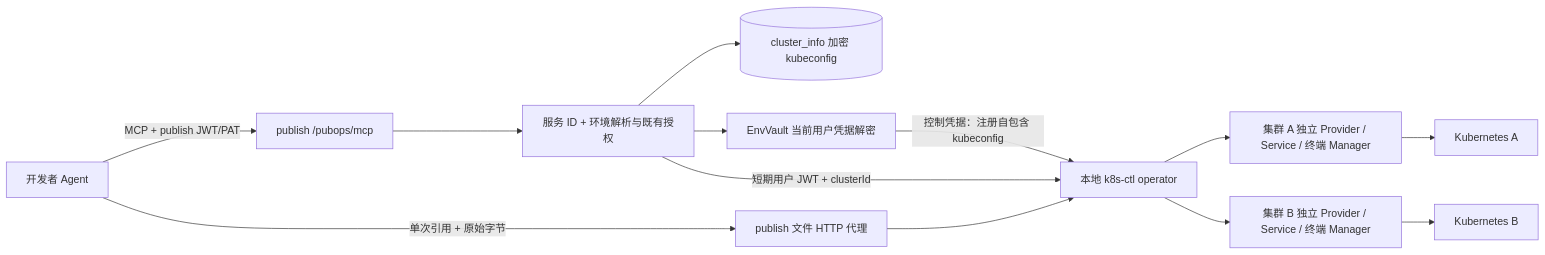
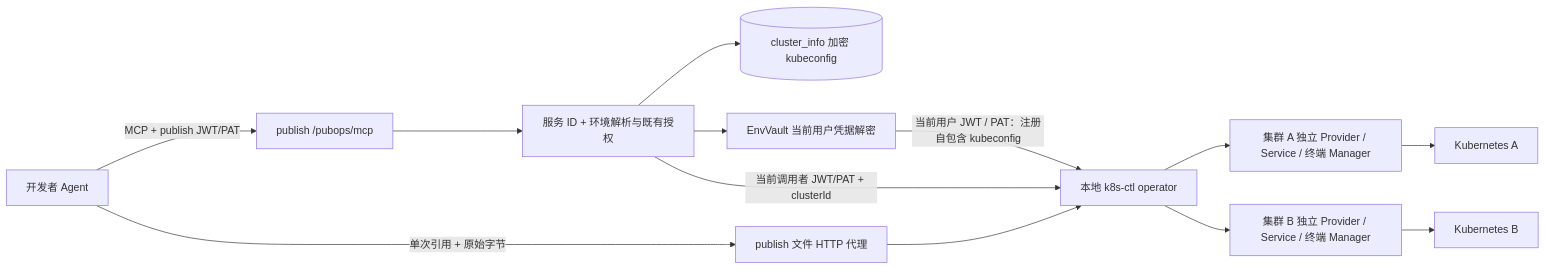
One commit to Vincentenxy/olixops-k8s-ctl changed the diagram in docs/platform-local-operator.md. Above: the diagram before and after it, drawn with Mermaid. The commit also changed other lines of this file and 66 other files, not shown here.

````diff
--- a/docs/platform-local-operator.md
+++ b/docs/platform-local-operator.md
@@ -11,15 +11,15 @@
 ```mermaid
 flowchart LR
     A[开发者 Agent] -->|MCP + publish JWT/PAT| P[publish /pubops/mcp]
     P --> S[服务 ID + 环境解析与既有授权]
     S --> D[(cluster_info 加密 kubeconfig)]
     S --> V[EnvVault 当前用户凭据解密]
-    V -->|控制凭据：注册自包含 kubeconfig| O[本地 k8s-ctl operator]
-    S -->|短期用户 JWT + clusterId| O
+    V -->|当前用户 JWT / PAT：注册自包含 kubeconfig| O[本地 k8s-ctl operator]
+    S -->|当前调用者 JWT/PAT + clusterId| O
     O --> R1[集群 A 独立 Provider / Service / 终端 Manager]
     O --> R2[集群 B 独立 Provider / Service / 终端 Manager]
     R1 --> K1[Kubernetes A]
     R2 --> K2[Kubernetes B]
     A -->|单次引用 + 原始字节| F[publish 文件 HTTP 代理]
     F --> O
 ```
````
